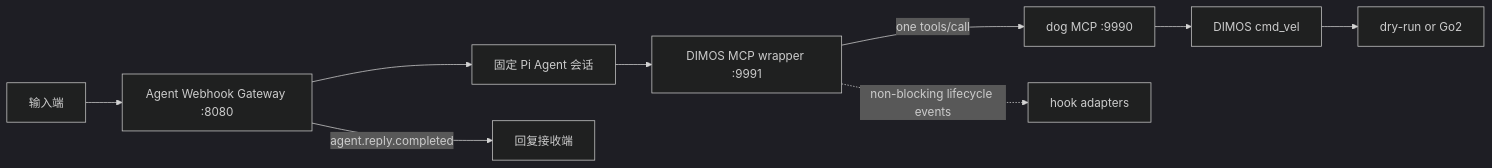
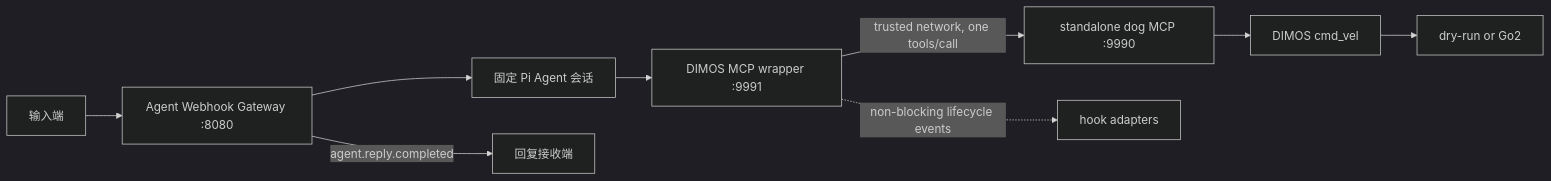
One commit to human-chocker-and-robot-dog/agent changed the diagram in CONTEXT.md. Above: the diagram before and after it, drawn with Mermaid (dark theme). The commit also changed other lines of this file and 27 other files, not shown here.

First line of the commit message:
refactor: extract standalone dimos-mcp and expand deployment docs

````diff
--- a/CONTEXT.md
+++ b/CONTEXT.md
@@ -32,11 +32,11 @@
 ```mermaid
 flowchart LR
     I[输入端] --> G[Agent Webhook Gateway :8080]
     G --> A[固定 Pi Agent 会话]
     A --> B[DIMOS MCP wrapper :9991]
-    B -->|one tools/call| C[dog MCP :9990]
+    B -->|trusted network, one tools/call| C[standalone dog MCP :9990]
     C --> D[DIMOS cmd_vel]
     D --> E[dry-run or Go2]
     B -. non-blocking lifecycle events .-> F[hook adapters]
     G -->|agent.reply.completed| R[回复接收端]
 ```
````
